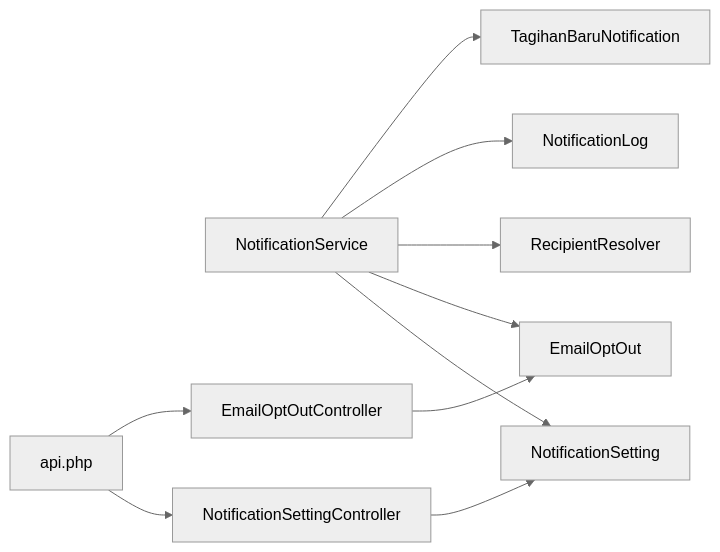
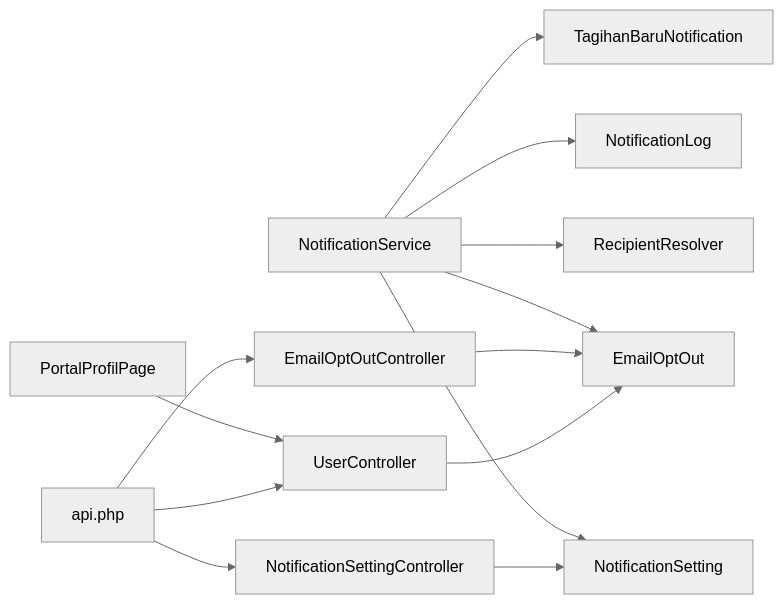
Before and after one commit to Fathurrahman-R/Manajemen-Keuangan-dan-SPP-Handayani: the tenth of 10 diagrams in .qoder/repowiki/en/content/Notification System/Notification Preferences & Opt-out Management.md, drawn with Mermaid (neutral theme). The commit also changed other lines of this file and 32 other files, not shown here.

````diff
--- a/.qoder/repowiki/en/content/Notification System/Notification Preferences & Opt-out Management.md
+++ b/.qoder/repowiki/en/content/Notification System/Notification Preferences & Opt-out Management.md
@@ -368,12 +487,15 @@
 ```mermaid
 graph LR
 NSvc["NotificationService"] --> NSet["NotificationSetting"]
 NSvc --> EO["EmailOptOut"]
 NSvc --> RR["RecipientResolver"]
 NSvc --> NL["NotificationLog"]
 NSvc --> NB["TagihanBaruNotification"]
 NSC["NotificationSettingController"] --> NSet
 EOC["EmailOptOutController"] --> EO
+UC["UserController"] --> EO
+FPP["PortalProfilPage"] --> UC
 R["api.php"] --> NSC
 R --> EOC
+R --> UC
 ```
````
